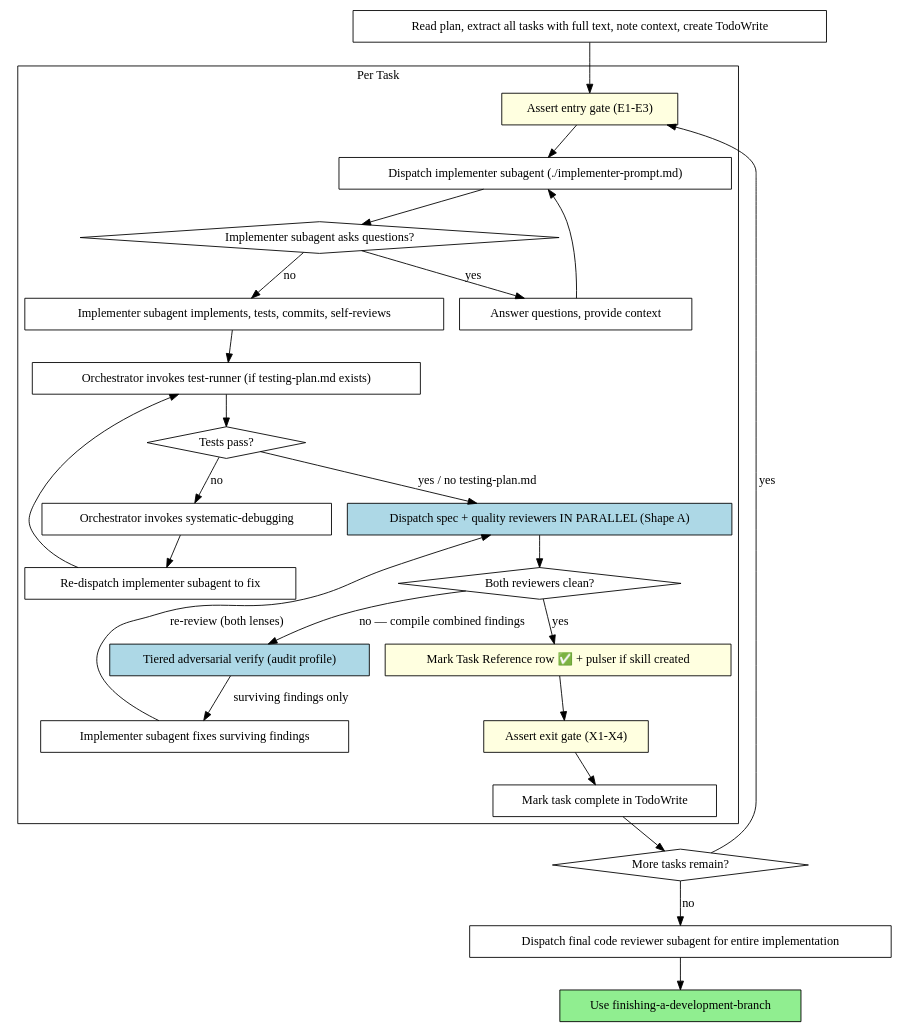
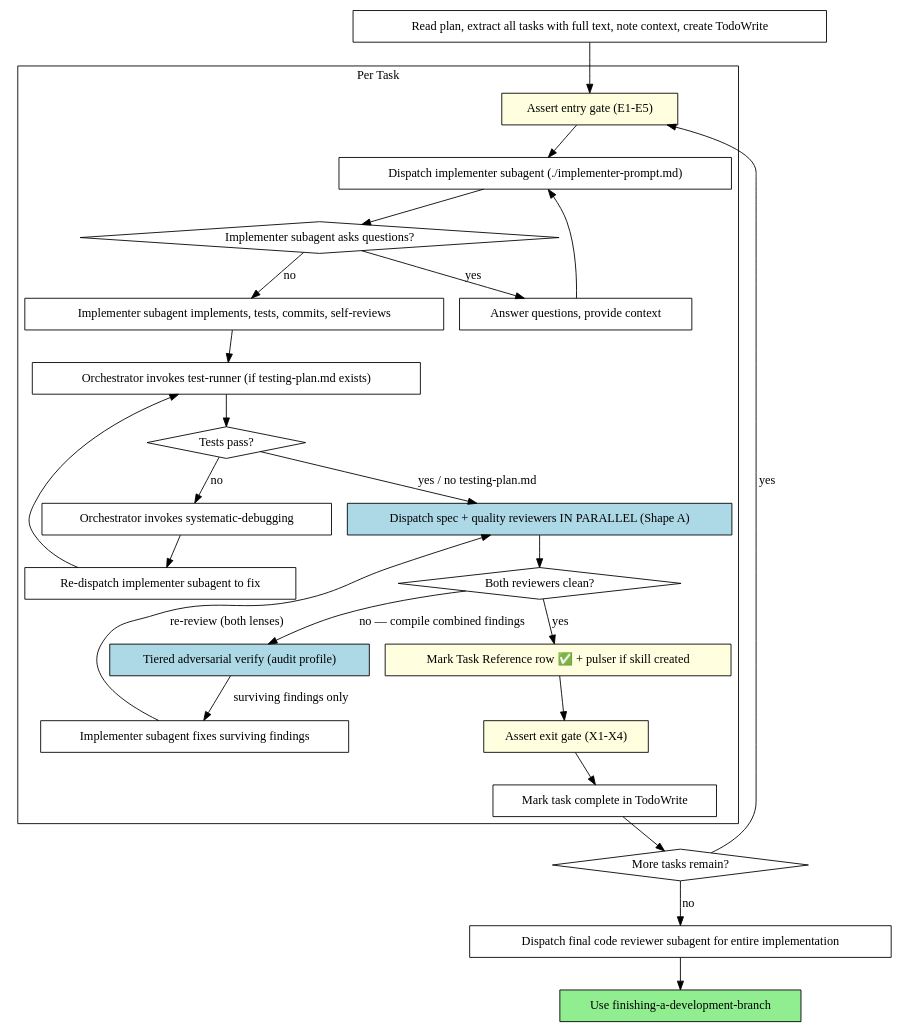
Before and after one commit to TeamClyde/clydes_claude: the second of 2 diagrams in skills/subagent-driven-development/SKILL.md, drawn with Graphviz. The commit also changed other lines of this file, not shown here.

First line of the commit message:
feat: SDD micro entry gate captures baseline SHA + in-scope files

````diff
--- a/skills/subagent-driven-development/SKILL.md
+++ b/skills/subagent-driven-development/SKILL.md
@@ -43,54 +43,54 @@
 ```dot
 digraph process {
     rankdir=TB;
 
     subgraph cluster_per_task {
         label="Per Task";
-        "Assert entry gate (E1-E3)" [shape=box style=filled fillcolor=lightyellow];
+        "Assert entry gate (E1-E5)" [shape=box style=filled fillcolor=lightyellow];
         "Dispatch implementer subagent (./implementer-prompt.md)" [shape=box];
         "Implementer subagent asks questions?" [shape=diamond];
         "Answer questions, provide context" [shape=box];
         "Implementer subagent implements, tests, commits, self-reviews" [shape=box];
         "Dispatch spec + quality reviewers IN PARALLEL (Shape A)" [shape=box style=filled fillcolor=lightblue];
         "Both reviewers clean?" [shape=diamond];
         "Tiered adversarial verify (audit profile)" [shape=box style=filled fillcolor=lightblue];
         "Implementer subagent fixes surviving findings" [shape=box];
         "Mark Task Reference row ✅ + pulser if skill created" [shape=box style=filled fillcolor=lightyellow];
         "Assert exit gate (X1-X4)" [shape=box style=filled fillcolor=lightyellow];
         "Mark task complete in TodoWrite" [shape=box];
         "Orchestrator invokes test-runner (if testing-plan.md exists)" [shape=box];
         "Tests pass?" [shape=diamond];
         "Orchestrator invokes systematic-debugging" [shape=box];
         "Re-dispatch implementer subagent to fix" [shape=box];
     }
 
     "Read plan, extract all tasks with full text, note context, create TodoWrite" [shape=box];
     "More tasks remain?" [shape=diamond];
     "Dispatch final code reviewer subagent for entire implementation" [shape=box];
     "Use finishing-a-development-branch" [shape=box style=filled fillcolor=lightgreen];
 
-    "Read plan, extract all tasks with full text, note context, create TodoWrite" -> "Assert entry gate (E1-E3)";
-    "Assert entry gate (E1-E3)" -> "Dispatch implementer subagent (./implementer-prompt.md)";
+    "Read plan, extract all tasks with full text, note context, create TodoWrite" -> "Assert entry gate (E1-E5)";
+    "Assert entry gate (E1-E5)" -> "Dispatch implementer subagent (./implementer-prompt.md)";
     "Dispatch implementer subagent (./implementer-prompt.md)" -> "Implementer subagent asks questions?";
     "Implementer subagent asks questions?" -> "Answer questions, provide context" [label="yes"];
     "Answer questions, provide context" -> "Dispatch implementer subagent (./implementer-prompt.md)";
     "Implementer subagent asks questions?" -> "Implementer subagent implements, tests, commits, self-reviews" [label="no"];
     "Implementer subagent implements, tests, commits, self-reviews" -> "Orchestrator invokes test-runner (if testing-plan.md exists)";
     "Orchestrator invokes test-runner (if testing-plan.md exists)" -> "Tests pass?";
     "Tests pass?" -> "Dispatch spec + quality reviewers IN PARALLEL (Shape A)" [label="yes / no testing-plan.md"];
     "Tests pass?" -> "Orchestrator invokes systematic-debugging" [label="no"];
     "Orchestrator invokes systematic-debugging" -> "Re-dispatch implementer subagent to fix";
     "Re-dispatch implementer subagent to fix" -> "Orchestrator invokes test-runner (if testing-plan.md exists)";
     "Dispatch spec + quality reviewers IN PARALLEL (Shape A)" -> "Both reviewers clean?";
     "Both reviewers clean?" -> "Tiered adversarial verify (audit profile)" [label="no — compile combined findings"];
     "Tiered adversarial verify (audit profile)" -> "Implementer subagent fixes surviving findings" [label="surviving findings only"];
     "Implementer subagent fixes surviving findings" -> "Dispatch spec + quality reviewers IN PARALLEL (Shape A)" [label="re-review (both lenses)"];
     "Both reviewers clean?" -> "Mark Task Reference row ✅ + pulser if skill created" [label="yes"];
     "Mark Task Reference row ✅ + pulser if skill created" -> "Assert exit gate (X1-X4)";
     "Assert exit gate (X1-X4)" -> "Mark task complete in TodoWrite";
     "Mark task complete in TodoWrite" -> "More tasks remain?";
-    "More tasks remain?" -> "Assert entry gate (E1-E3)" [label="yes"];
+    "More tasks remain?" -> "Assert entry gate (E1-E5)" [label="yes"];
     "More tasks remain?" -> "Dispatch final code reviewer subagent for entire implementation" [label="no"];
     "Dispatch final code reviewer subagent for entire implementation" -> "Use finishing-a-development-branch";
 }
 ```
````
